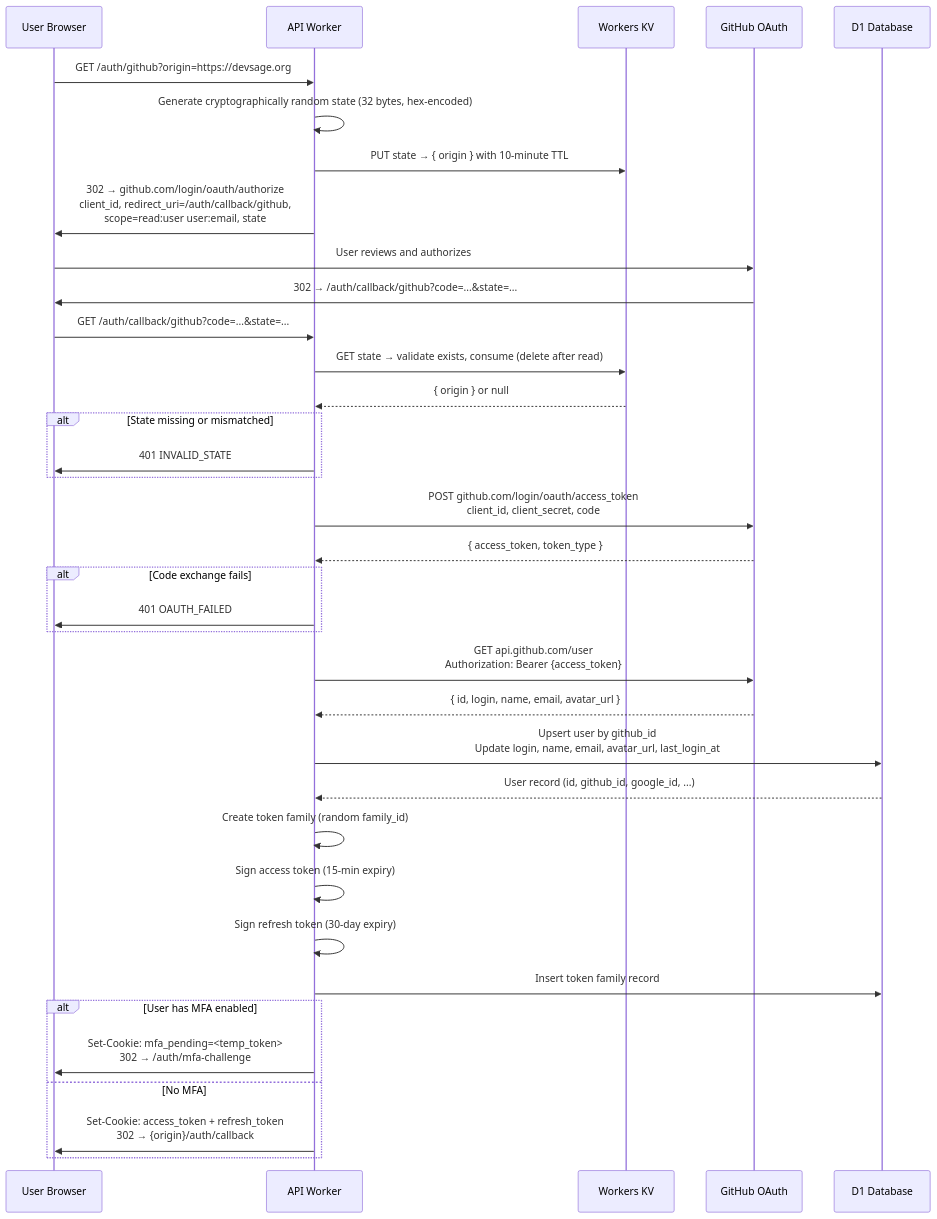
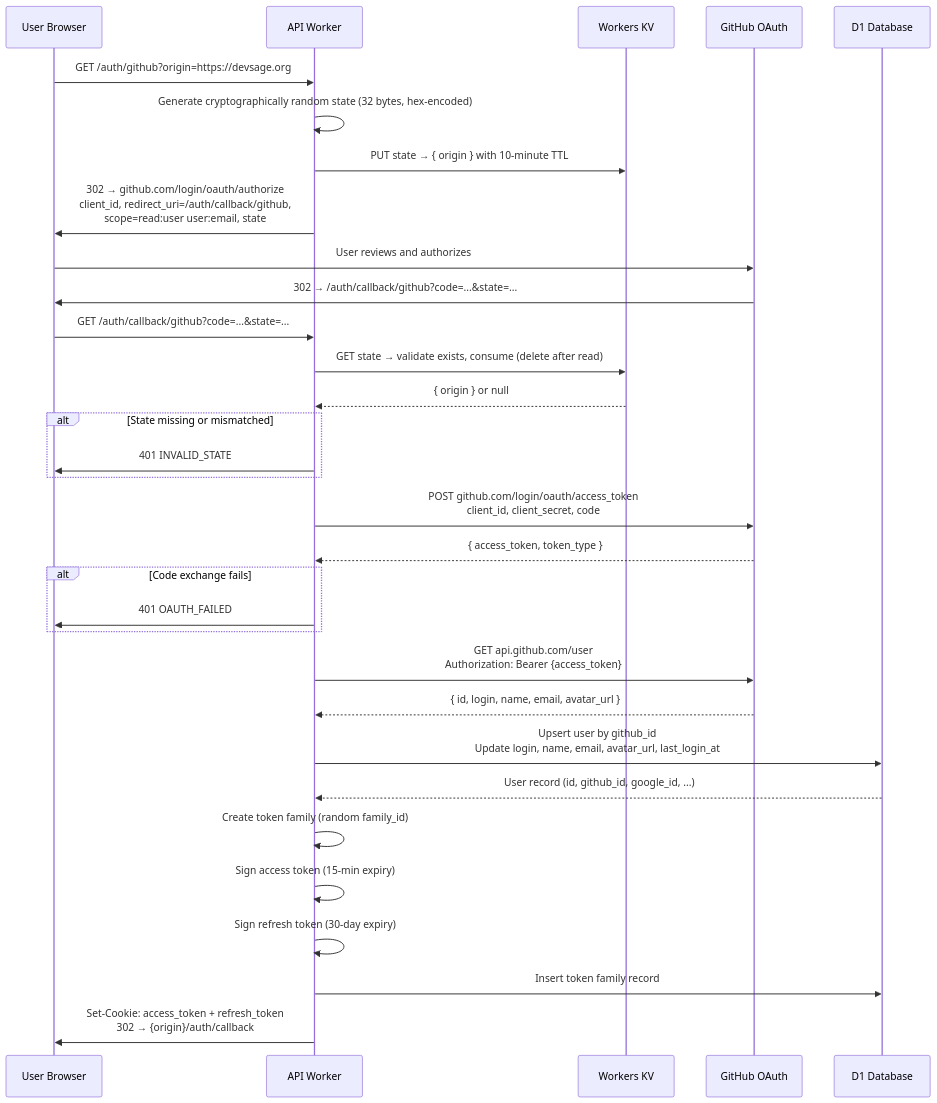
Before and after one commit to devangshupandey2025-stack/DevSage: the first of 13 diagrams in docs/v3/planned/authentication.md, drawn with Mermaid. The commit also changed other lines of this file, not shown here.

First line of the commit message:
docs(auth): establish 3-domain architecture, remove MFA and passkeys

````diff
--- a/docs/v3/planned/authentication.md
+++ b/docs/v3/planned/authentication.md
@@ -66,48 +108,44 @@
 ```mermaid
 sequenceDiagram
     participant U as User Browser
     participant W as API Worker
     participant KV as Workers KV
     participant GH as GitHub OAuth
     participant D1 as D1 Database
 
     U->>W: GET /auth/github?origin=https://devsage.org
     W->>W: Generate cryptographically random state (32 bytes, hex-encoded)
     W->>KV: PUT state → { origin } with 10-minute TTL
     W->>U: 302 → github.com/login/oauth/authorize<br/>client_id, redirect_uri=/auth/callback/github,<br/>scope=read:user user:email, state
 
     U->>GH: User reviews and authorizes
     GH->>U: 302 → /auth/callback/github?code=...&state=...
 
     U->>W: GET /auth/callback/github?code=...&state=...
     W->>KV: GET state → validate exists, consume (delete after read)
     KV-->>W: { origin } or null
 
     alt State missing or mismatched
         W->>U: 401 INVALID_STATE
     end
 
     W->>GH: POST github.com/login/oauth/access_token<br/>client_id, client_secret, code
     GH-->>W: { access_token, token_type }
 
     alt Code exchange fails
         W->>U: 401 OAUTH_FAILED
     end
 
     W->>GH: GET api.github.com/user<br/>Authorization: Bearer {access_token}
     GH-->>W: { id, login, name, email, avatar_url }
 
     W->>D1: Upsert user by github_id<br/>Update login, name, email, avatar_url, last_login_at
     D1-->>W: User record (id, github_id, google_id, ...)
 
     W->>W: Create token family (random family_id)
     W->>W: Sign access token (15-min expiry)
     W->>W: Sign refresh token (30-day expiry)
     W->>D1: Insert token family record
 
-    alt User has MFA enabled
-        W->>U: Set-Cookie: mfa_pending=<temp_token><br/>302 → /auth/mfa-challenge
-    else No MFA
-        W->>U: Set-Cookie: access_token + refresh_token<br/>302 → {origin}/auth/callback
-    end
+    W->>U: Set-Cookie: access_token + refresh_token<br/>302 → {origin}/auth/callback
 ```
````
